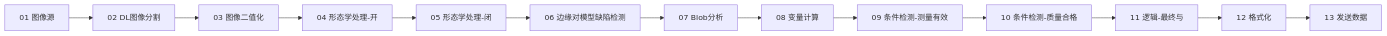
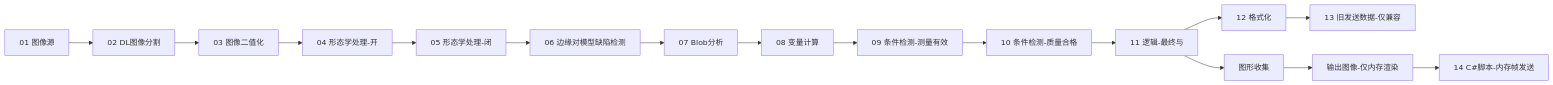
Before and after one commit to Hamapotato/glue-inspection-sensor: the diagram in docs/algo/visionmaster-dragdrop-end-to-end.md, drawn with Mermaid. The commit also changed other lines of this file and 33 other files, not shown here.

````diff
--- a/docs/algo/visionmaster-dragdrop-end-to-end.md
+++ b/docs/algo/visionmaster-dragdrop-end-to-end.md
@@ -21,15 +21,18 @@
 ```mermaid
 flowchart LR
     M01[01 图像源] --> M02[02 DL图像分割]
     M02 --> M03[03 图像二值化]
     M03 --> M04[04 形态学处理-开]
     M04 --> M05[05 形态学处理-闭]
     M05 --> M06[06 边缘对模型缺陷检测]
     M06 --> M07[07 Blob分析]
     M07 --> M08[08 变量计算]
     M08 --> M09[09 条件检测-测量有效]
     M09 --> M10[10 条件检测-质量合格]
     M10 --> M11[11 逻辑-最终与]
     M11 --> M12[12 格式化]
-    M12 --> M13[13 发送数据]
+    M12 --> M13[13 旧发送数据-仅兼容]
+    M11 --> G01[图形收集]
+    G01 --> O01[输出图像-仅内存渲染]
+    O01 --> M14[14 C#脚本-内存帧发送]
 ```
````
